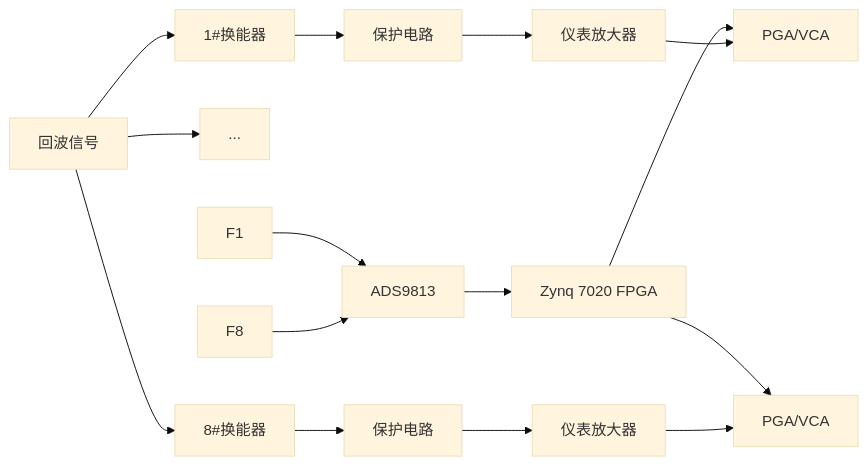
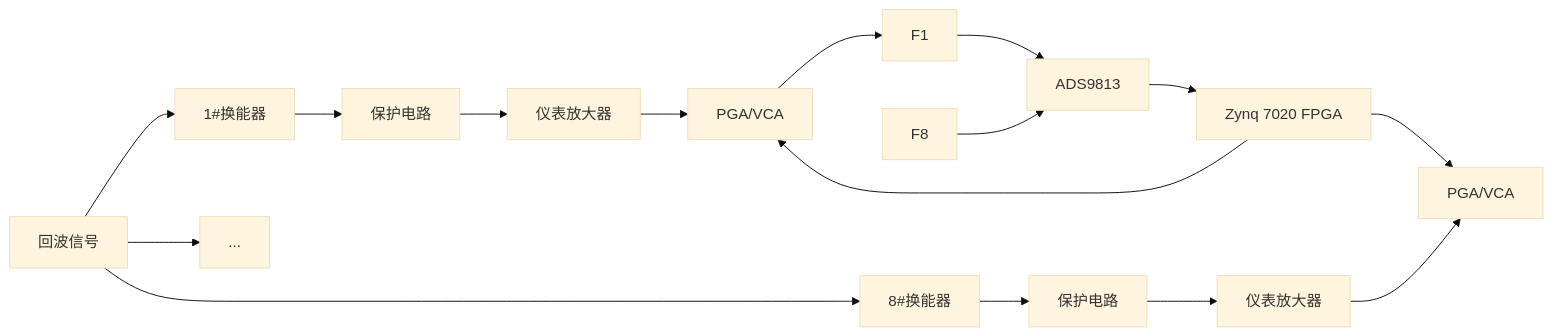
The diagram in all/同步采集.md (Rukawa15/iodraw-files), drawn with Mermaid (base theme) before and after one commit.

Commit message:
2025-06-19 14:38:14 update

````diff
--- a/all/同步采集.md
+++ b/all/同步采集.md
@@ -1,26 +1,26 @@
 ```mermaid
 graph LR
 A[回波信号]
 A --> B1[1#换能器]
 A --> ...
 A --> B8[8#换能器]
 
 B1 --> C1[保护电路]
 B8 --> C8[保护电路]
 
 C1 --> D1[仪表放大器]
 C8 --> D8[仪表放大器]
 H[Zynq 7020 ARM] --> E1
 H[Zynq 7020 ARM] --> E8
 D1 --> E1[PGA/VCA]
 D8 --> E8[PGA/VCA]
 
-
+E1 --> F1
 
 F1 --> G[ADS9813]
 F8 --> G[ADS9813] 
 
 G --> H[Zynq 7020 FPGA]
 
 
 ```
````
